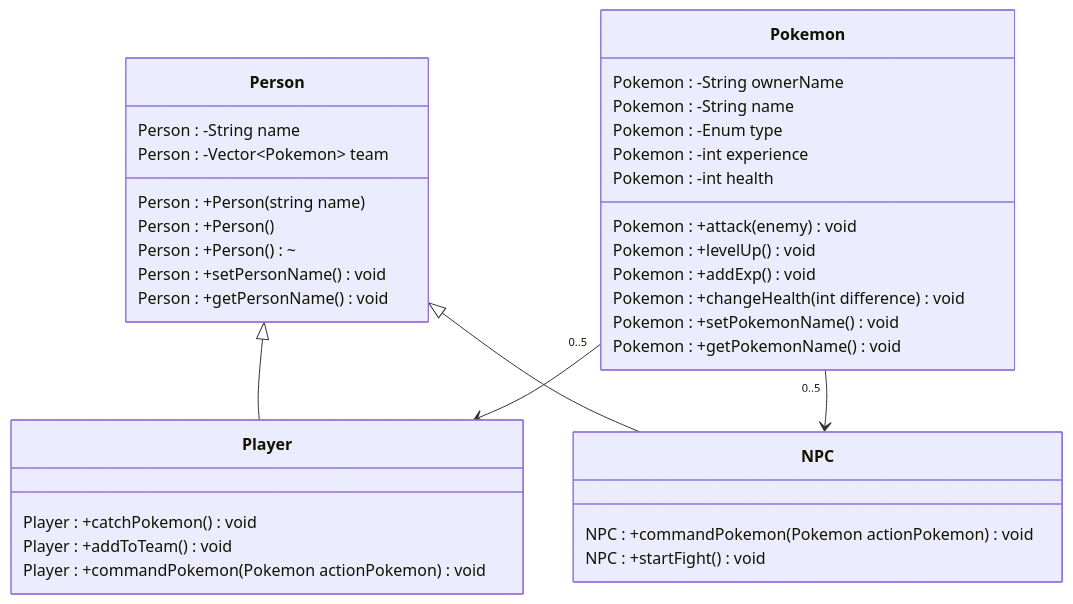
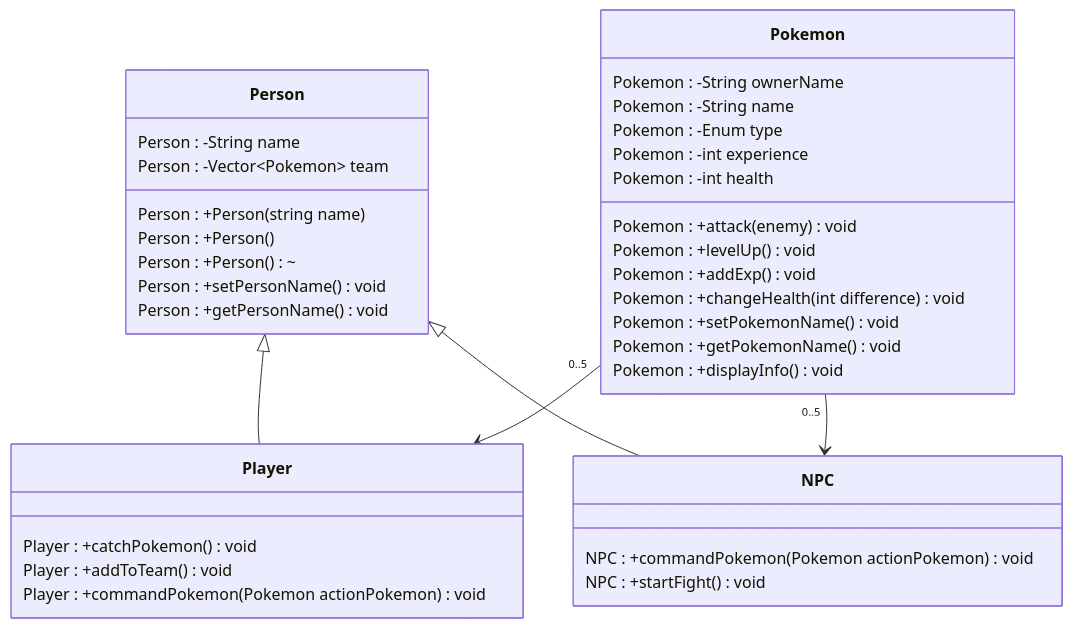
One commit to rjordell/Pokemon-Like-RPG changed the diagram in README.md. Above: the diagram before and after it, drawn with Mermaid.

````diff
--- a/README.md
+++ b/README.md
@@ -22,40 +22,41 @@
  ```mermaid
 classDiagram
     class Pokemon {
     Pokemon : -String ownerName
     Pokemon : -String name
     Pokemon : -Enum type
     Pokemon : -int experience
     Pokemon : -int health
     Pokemon : +attack(enemy) void
     Pokemon : +levelUp() void
     Pokemon : +addExp() void
     Pokemon : +changeHealth(int difference) void
     Pokemon : +setPokemonName() void
     Pokemon : +getPokemonName() void
+    Pokemon : +displayInfo() void
 }
     class Person {
     Person : -String name
     Person : -Vector~Pokemon~ team
     Person : +Person(string name)
     Person : +Person()
     Person : +Person()~
     Person : +setPersonName() void
     Person : +getPersonName() void
 }
     class Player {
     Player : +catchPokemon() void
     Player : +addToTeam() void
     Player : +commandPokemon(Pokemon actionPokemon) void
 }
     class NPC {
     NPC : +commandPokemon(Pokemon actionPokemon) void
     NPC : +startFight() void
 }
 
 Person<|--Player
 Person<|--NPC
 Pokemon "0..5" --> Player
 Pokemon "0..5" --> NPC
 
 ```
````
